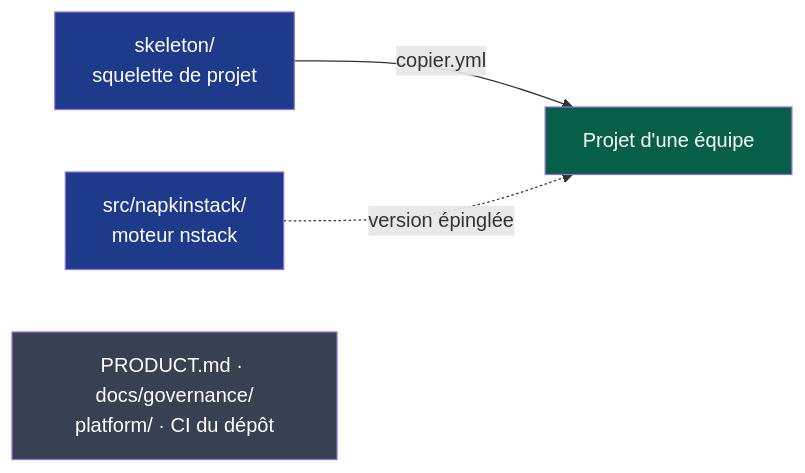
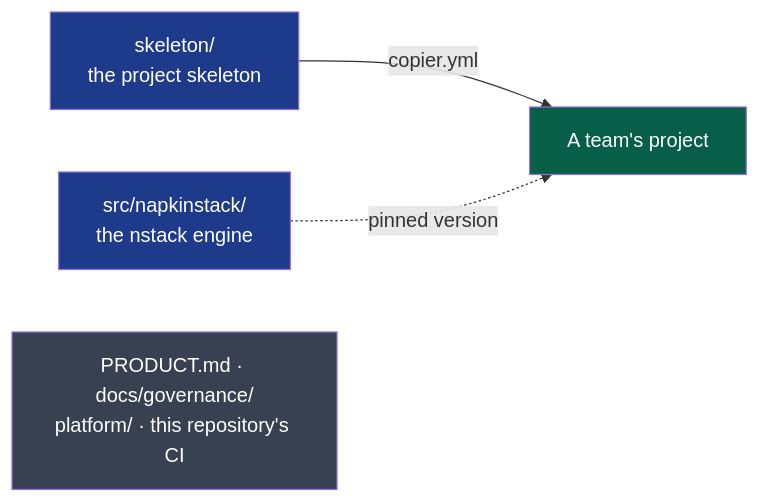
One commit to NapkinStack/engineering-os changed the third of 3 diagrams in README.md. Above: the diagram before and after it, drawn with Mermaid. The commit also changed other lines of this file and 34 other files, not shown here.

````diff
--- a/README.md
+++ b/README.md
@@ -88,10 +90,10 @@
 ```mermaid
 flowchart LR
-    S["skeleton/<br/>squelette de projet"]:::livre -->|"copier.yml"| P["Projet d'une équipe"]:::projet
-    E["src/napkinstack/<br/>moteur nstack"]:::livre -.->|"version épinglée"| P
-    A["PRODUCT.md · docs/governance/<br/>platform/ · CI du dépôt"]:::interne
+    S["skeleton/<br/>the project skeleton"]:::shipped -->|"copier.yml"| P["A team's project"]:::project
+    E["src/napkinstack/<br/>the nstack engine"]:::shipped -.->|"pinned version"| P
+    A["PRODUCT.md · docs/governance/<br/>platform/ · this repository's CI"]:::internal
 
-    classDef livre fill:#1e3a8a,color:#fff
-    classDef projet fill:#065f46,color:#fff
-    classDef interne fill:#374151,color:#fff
+    classDef shipped fill:#1e3a8a,color:#fff
+    classDef project fill:#065f46,color:#fff
+    classDef internal fill:#374151,color:#fff
 ```
````
